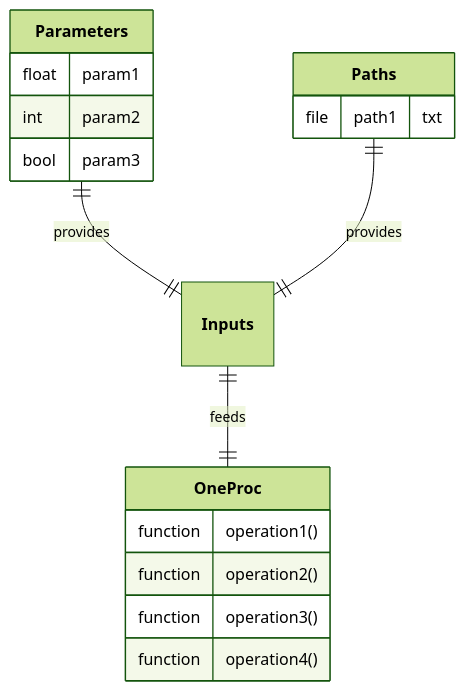
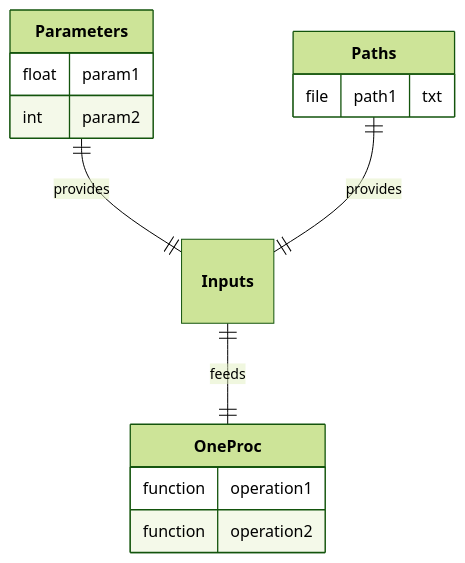
One commit to nuremics/nuremics changed the second of 17 diagrams in README.md. Above: the diagram before and after it, drawn with Mermaid (forest theme). The commit also changed other lines of this file, not shown here.

````diff
--- a/README.md
+++ b/README.md
@@ -105,21 +104,18 @@
 ```mermaid
 erDiagram
   **Parameters** ||--|| **Inputs** : provides
   **Paths** ||--|| **Inputs** : provides
   **Inputs** ||--|| **OneProc** : feeds
 
   **Parameters** {
     float param1
     int param2
-    bool param3
   }
   **Paths** {
     file path1 "txt"
   }
   **OneProc** {
-    function operation1()
-    function operation2()
-    function operation3()
-    function operation4()
+    function operation1
+    function operation2
   }
 ```
````
